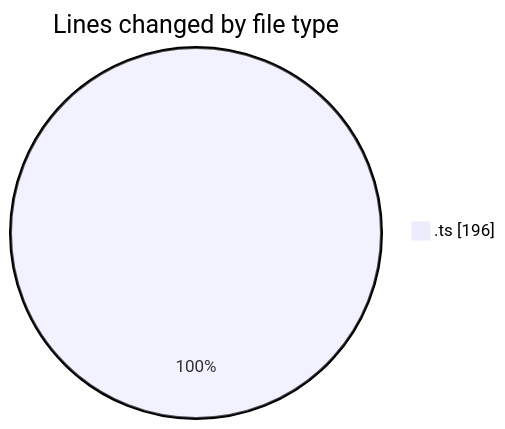
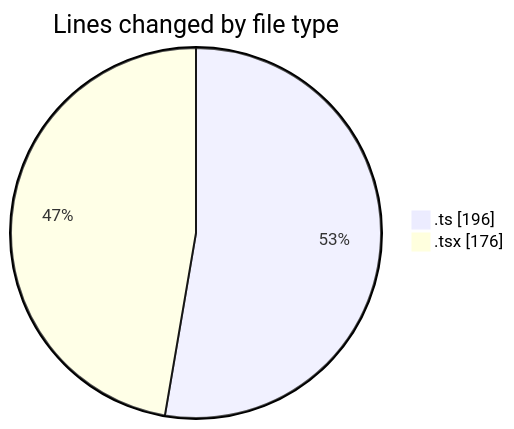
One commit to robertbonfada/code-tracking changed the first of 2 diagrams in 2025-02-18/nre-mbc-frontend/README.md. Above: the diagram before and after it, drawn with Mermaid. The commit also changed other lines of this file and 2 other files, not shown here.

````diff
--- a/2025-02-18/nre-mbc-frontend/README.md
+++ b/2025-02-18/nre-mbc-frontend/README.md
@@ -20,5 +21,6 @@
 ```mermaid
 pie showData
 title Lines changed by file type
 ".ts" : 196
+".tsx" : 176
 ```
````
